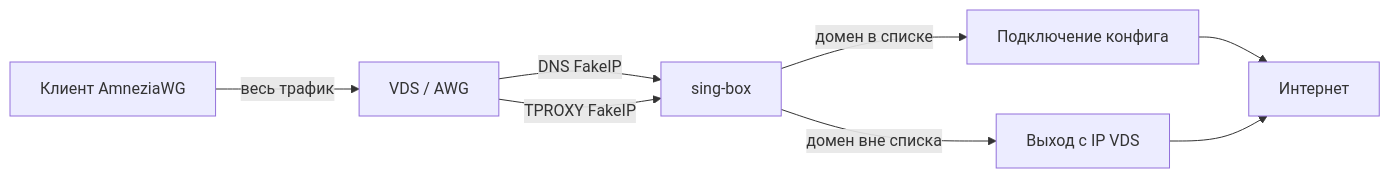
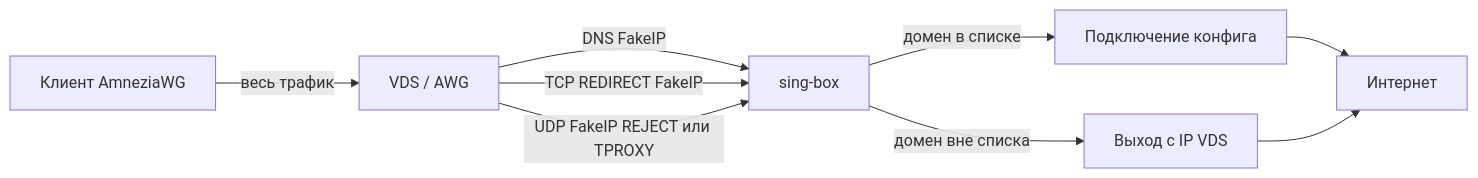
The diagram in readme/ru/resolver.md (alt-plus-255/awg-gui), drawn with Mermaid before and after one commit. The commit also changed other lines of this file and 35 other files, not shown here.

````diff
--- a/readme/ru/resolver.md
+++ b/readme/ru/resolver.md
@@ -25,10 +25,11 @@
 ```mermaid
 flowchart LR
   Client[Клиент AmneziaWG] -->|весь трафик| VDS[VDS / AWG]
   VDS -->|DNS FakeIP| SB[sing-box]
-  VDS -->|TPROXY FakeIP| SB
+  VDS -->|TCP REDIRECT FakeIP| SB
+  VDS -->|UDP FakeIP REJECT или TPROXY| SB
   SB -->|домен в списке| Conn[Подключение конфига]
   SB -->|домен вне списка| VDSip[Выход с IP VDS]
   Conn --> Internet[Интернет]
   VDSip --> Internet
 ```
````
